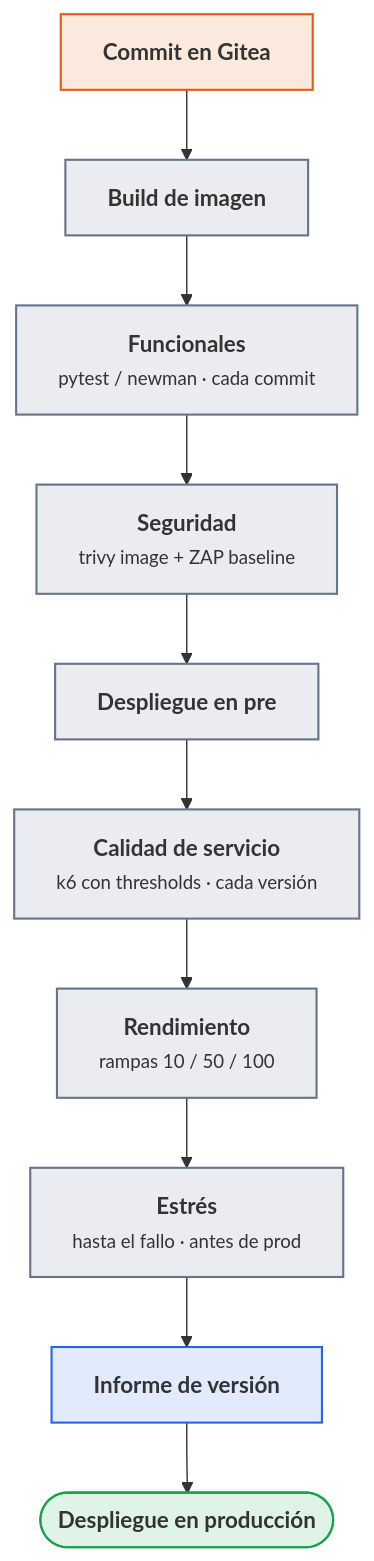
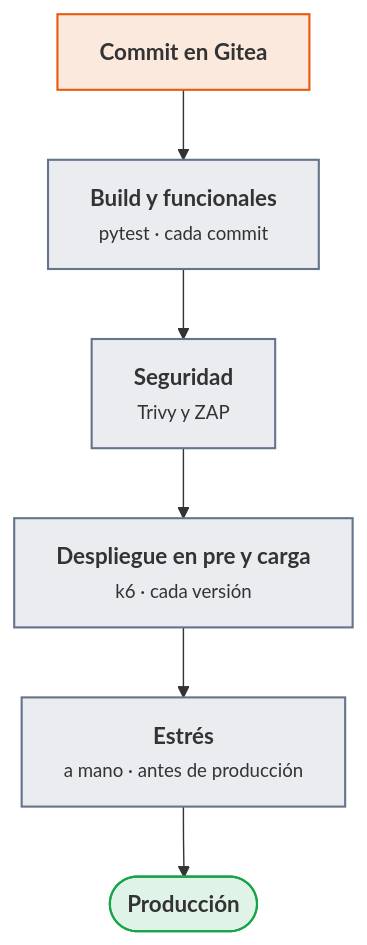
The third of 6 diagrams in docs/ut/ut4-kpi-pruebas.md (victor-educ/apuntes-5169), drawn with Mermaid before and after one commit. The commit also changed other lines of this file and 6 other files, not shown here.

````diff
--- a/docs/ut/ut4-kpi-pruebas.md
+++ b/docs/ut/ut4-kpi-pruebas.md
@@ -420,20 +537,13 @@
 ```mermaid
 flowchart TB
     C["<b>Commit en Gitea</b>"]:::act
-    B["<b>Build de imagen</b>"]:::pieza
-    F["<b>Funcionales</b><br><small>pytest / newman · cada commit</small>"]:::pieza
-    S["<b>Seguridad</b><br><small>trivy image + ZAP baseline</small>"]:::pieza
-    D["<b>Despliegue en pre</b>"]:::pieza
-    Q["<b>Calidad de servicio</b><br><small>k6 con thresholds · cada versión</small>"]:::pieza
-    P["<b>Rendimiento</b><br><small>rampas 10 / 50 / 100</small>"]:::pieza
-    E["<b>Estrés</b><br><small>hasta el fallo · antes de prod</small>"]:::pieza
-    R["<b>Informe de versión</b>"]:::dato
-    Prod(["<b>Despliegue en producción</b>"]):::ok
-    C --> B --> F --> S --> D --> Q --> P --> E --> R --> Prod
+    F["<b>Build y funcionales</b><br><small>pytest · cada commit</small>"]:::pieza
+    S["<b>Seguridad</b><br><small>Trivy y ZAP</small>"]:::pieza
+    Q["<b>Despliegue en pre y carga</b><br><small>k6 · cada versión</small>"]:::pieza
+    E["<b>Estrés</b><br><small>a mano · antes de producción</small>"]:::pieza
+    Prod(["<b>Producción</b>"]):::ok
+    C --> F --> S --> Q --> E --> Prod
     classDef act fill:#ea580c22,stroke:#ea580c,stroke-width:1.5px
     classDef pieza fill:#64748b22,stroke:#64748b,stroke-width:1.5px
-    classDef dato fill:#2563eb22,stroke:#2563eb,stroke-width:1.5px
-    classDef infra fill:#a1a1aa14,stroke:#a1a1aa,stroke-width:1.5px
     classDef ok fill:#16a34a22,stroke:#16a34a,stroke-width:1.5px
-    classDef riesgo fill:#dc262622,stroke:#dc2626,stroke-width:1.5px
 ```
````
